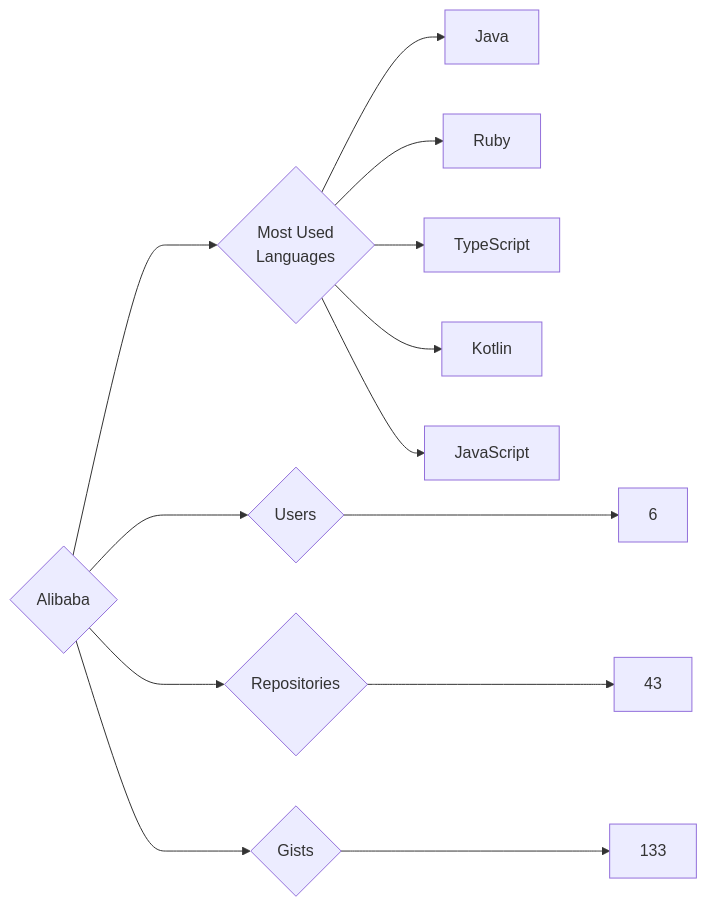
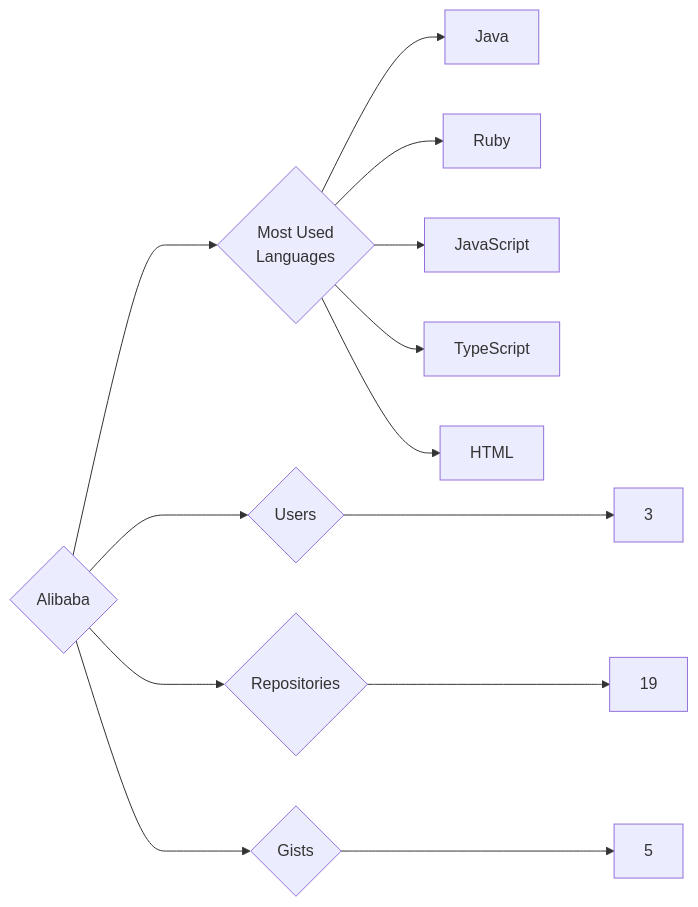
One commit to trickest/insiders changed the diagram in targets/Alibaba/README.md. Above: the diagram before and after it, drawn with Mermaid. The commit also changed 1148 other files, not shown here.

````diff
--- a/targets/Alibaba/README.md
+++ b/targets/Alibaba/README.md
@@ -3,13 +3,13 @@
 ```mermaid
 graph LR
 COMPANY_NAME{Alibaba}
-COMPANY_NAME ---> U{Users} ---> UN[6]
-COMPANY_NAME ---> R{Repositories} ---> RN[43]
-COMPANY_NAME ---> G{Gists} ---> GN[133]
+COMPANY_NAME ---> U{Users} ---> UN[3]
+COMPANY_NAME ---> R{Repositories} ---> RN[19]
+COMPANY_NAME ---> G{Gists} ---> GN[5]
 COMPANY_NAME ---> ML{Most Used<br>Languages}
 ML --> Java[Java]
 ML --> Ruby[Ruby]
+ML --> JavaScript[JavaScript]
 ML --> TypeScript[TypeScript]
-ML --> Kotlin[Kotlin]
-ML --> JavaScript[JavaScript]
+ML --> HTML[HTML]
 ```
````
